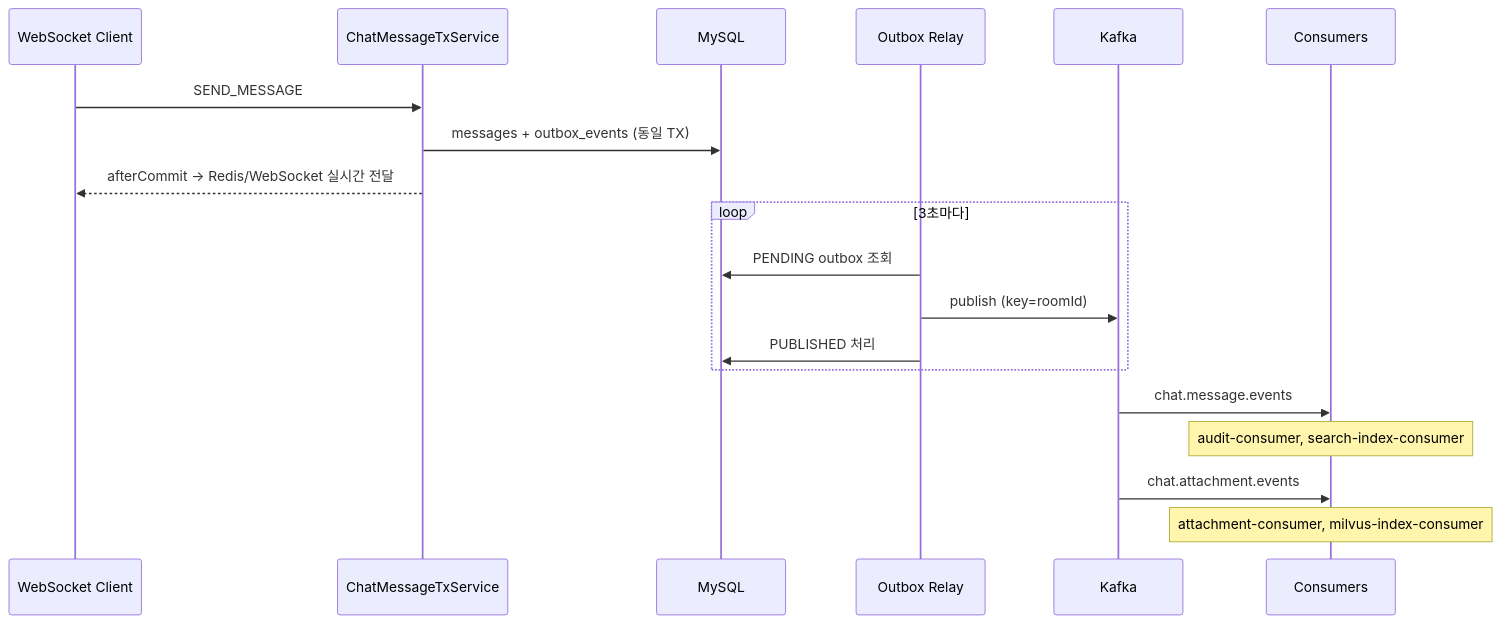
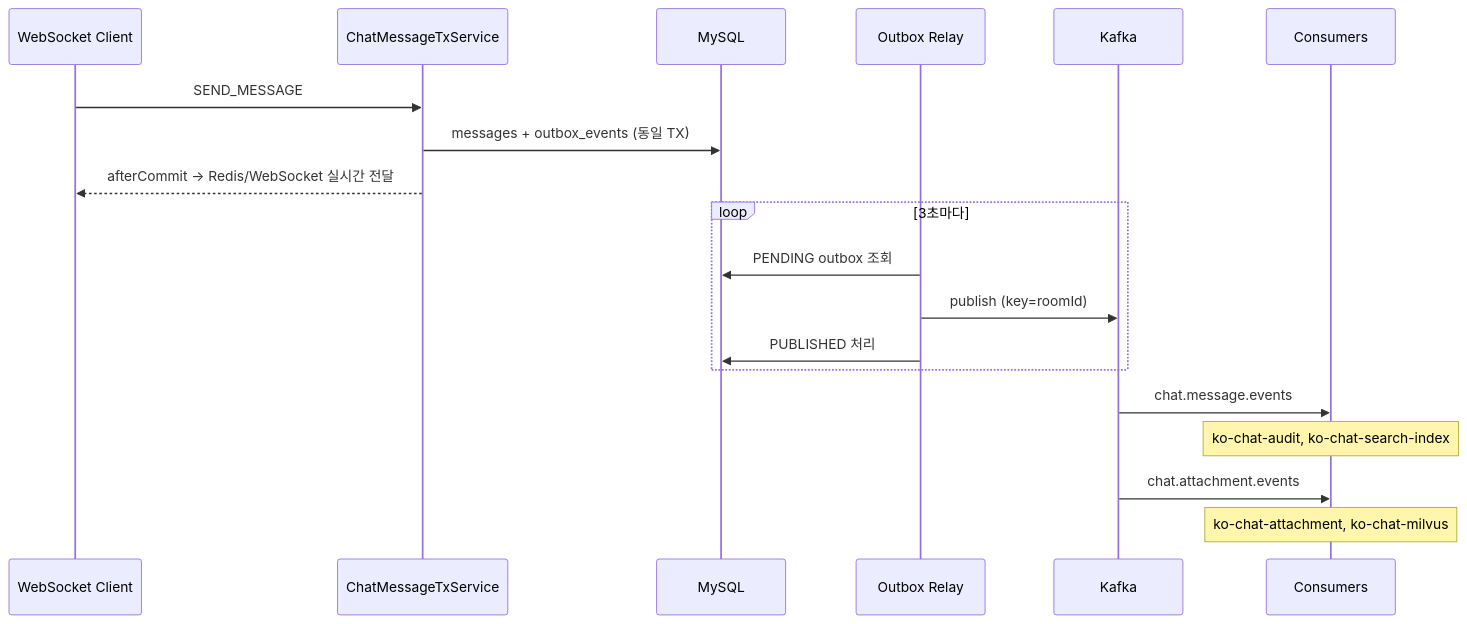
Before and after one commit to skyleedevzero86/studyKotlin: the second of 7 diagrams in ko_chat/README.md, drawn with Mermaid. The commit also changed other lines of this file and 16 other files, not shown here.

````diff
--- a/ko_chat/README.md
+++ b/ko_chat/README.md
@@ -261,24 +279,24 @@
 ```mermaid
 sequenceDiagram
     participant WS as WebSocket Client
     participant TX as ChatMessageTxService
     participant DB as MySQL
     participant OB as Outbox Relay
     participant K as Kafka
     participant C as Consumers
 
     WS->>TX: SEND_MESSAGE
     TX->>DB: messages + outbox_events (동일 TX)
     TX-->>WS: afterCommit → Redis/WebSocket 실시간 전달
 
     loop 3초마다
         OB->>DB: PENDING outbox 조회
         OB->>K: publish (key=roomId)
         OB->>DB: PUBLISHED 처리
     end
 
     K->>C: chat.message.events
-    Note over C: audit-consumer, search-index-consumer
+    Note over C: ko-chat-audit, ko-chat-search-index
     K->>C: chat.attachment.events
-    Note over C: attachment-consumer, milvus-index-consumer
+    Note over C: ko-chat-attachment, ko-chat-milvus
 ```
````
